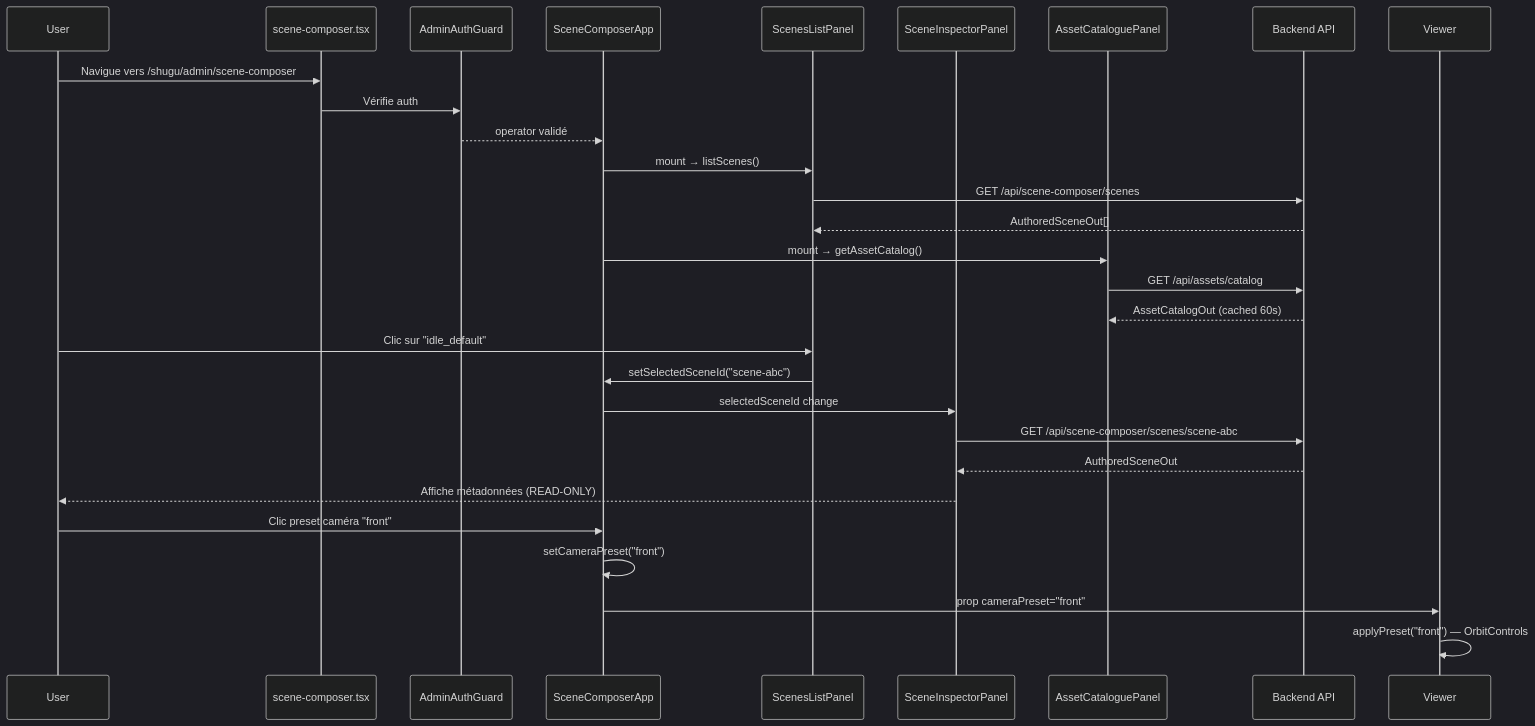
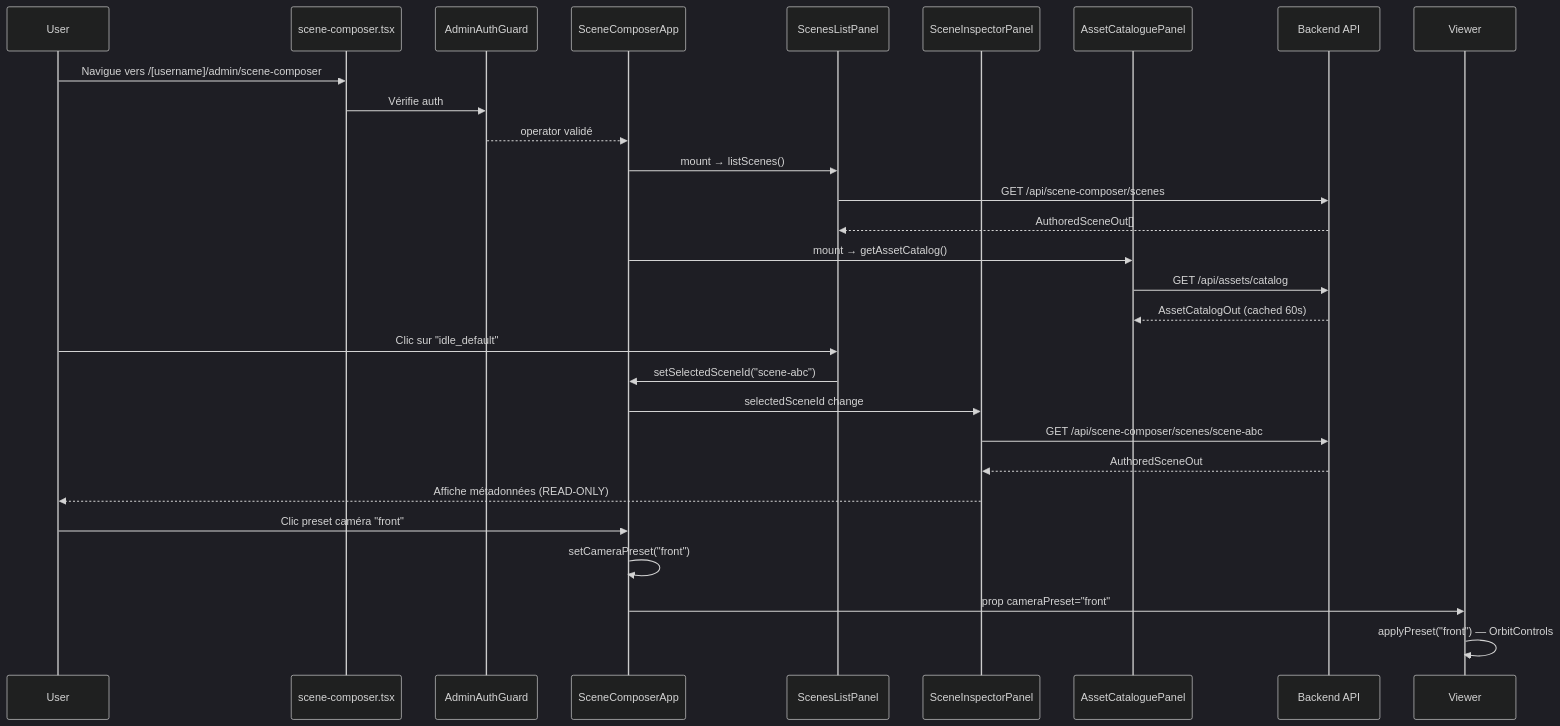
One commit to Asurelia/Shugu_stream changed the second of 2 diagrams in docs/SCENE_COMPOSER_FRONTEND.md. Above: the diagram before and after it, drawn with Mermaid (dark theme). The commit also changed other lines of this file and 2 other files, not shown here.

````diff
--- a/docs/SCENE_COMPOSER_FRONTEND.md
+++ b/docs/SCENE_COMPOSER_FRONTEND.md
@@ -103,31 +106,31 @@
 ```mermaid
 sequenceDiagram
     participant User
     participant Page as scene-composer.tsx
     participant Guard as AdminAuthGuard
     participant App as SceneComposerApp
     participant List as ScenesListPanel
     participant Inspector as SceneInspectorPanel
     participant Catalog as AssetCataloguePanel
     participant Backend as Backend API
 
-    User->>Page: Navigue vers /shugu/admin/scene-composer
+    User->>Page: Navigue vers /[username]/admin/scene-composer
     Page->>Guard: Vérifie auth
     Guard-->>App: operator validé
     App->>List: mount → listScenes()
     List->>Backend: GET /api/scene-composer/scenes
     Backend-->>List: AuthoredSceneOut[]
     App->>Catalog: mount → getAssetCatalog()
     Catalog->>Backend: GET /api/assets/catalog
     Backend-->>Catalog: AssetCatalogOut (cached 60s)
     User->>List: Clic sur "idle_default"
     List->>App: setSelectedSceneId("scene-abc")
     App->>Inspector: selectedSceneId change
     Inspector->>Backend: GET /api/scene-composer/scenes/scene-abc
     Backend-->>Inspector: AuthoredSceneOut
     Inspector-->>User: Affiche métadonnées (READ-ONLY)
     User->>App: Clic preset caméra "front"
     App->>App: setCameraPreset("front")
     App->>Viewer: prop cameraPreset="front"
     Viewer->>Viewer: applyPreset("front") — OrbitControls
 ```
````
